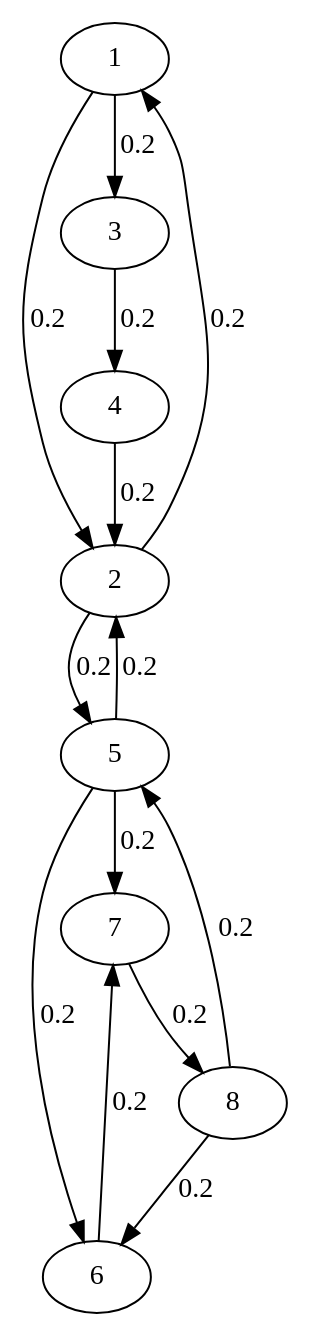
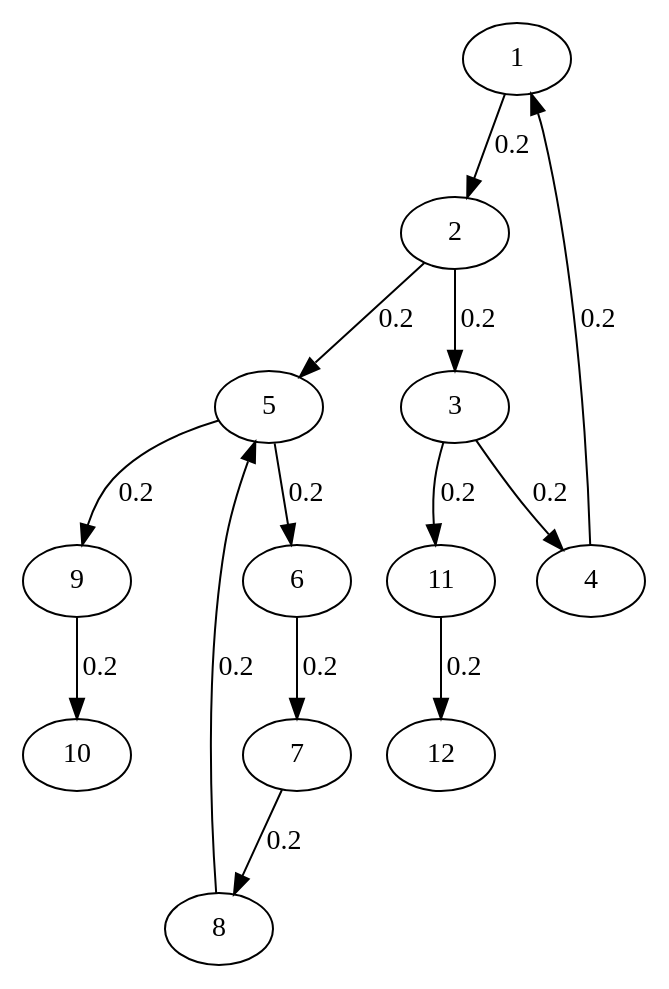
Before and after one commit to ZZHsunsky/WRNR: the diagram in fooOld.dot, drawn with Graphviz. The commit also changed 8 other files, not shown here.

```diff
--- a/fooOld.dot
+++ b/fooOld.dot
@@ -1,15 +1,15 @@
 strict digraph "" {
 	1 -> 2	[label=0.2];
-	1 -> 3	[label=0.2];
-	2 -> 1	[label=0.2];
+	2 -> 3	[label=0.2];
 	2 -> 5	[label=0.2];
 	3 -> 4	[label=0.2];
-	5 -> 2	[label=0.2];
+	3 -> 11	[label=0.2];
 	5 -> 6	[label=0.2];
-	5 -> 7	[label=0.2];
-	4 -> 2	[label=0.2];
+	5 -> 9	[label=0.2];
+	4 -> 1	[label=0.2];
+	11 -> 12	[label=0.2];
 	6 -> 7	[label=0.2];
+	9 -> 10	[label=0.2];
 	7 -> 8	[label=0.2];
 	8 -> 5	[label=0.2];
-	8 -> 6	[label=0.2];
 }
```
